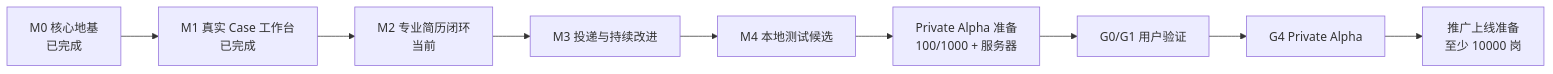
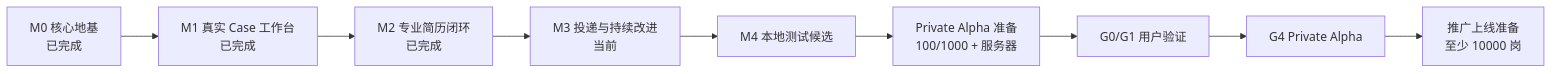
Before and after one commit to CodeVoyager21932/Aijob: the diagram in docs/06-mvp-roadmap.md, drawn with Mermaid. The commit also changed other lines of this file and 4 other files, not shown here.

```diff
--- a/docs/06-mvp-roadmap.md
+++ b/docs/06-mvp-roadmap.md
@@ -34,11 +34,11 @@
 ~~~mermaid
 flowchart LR
     M0["M0 核心地基<br/>已完成"] --> M1["M1 真实 Case 工作台<br/>已完成"]
-    M1 --> M2["M2 专业简历闭环<br/>当前"]
-    M2 --> M3["M3 投递与持续改进"]
+    M1 --> M2["M2 专业简历闭环<br/>已完成"]
+    M2 --> M3["M3 投递与持续改进<br/>当前"]
     M3 --> M4["M4 本地测试候选"]
     M4 --> A["Private Alpha 准备<br/>100/1000 + 服务器"]
     A --> V["G0/G1 用户验证"]
     V --> G4["G4 Private Alpha"]
     G4 --> L["推广上线准备<br/>至少 10000 岗"]
 ~~~
```
